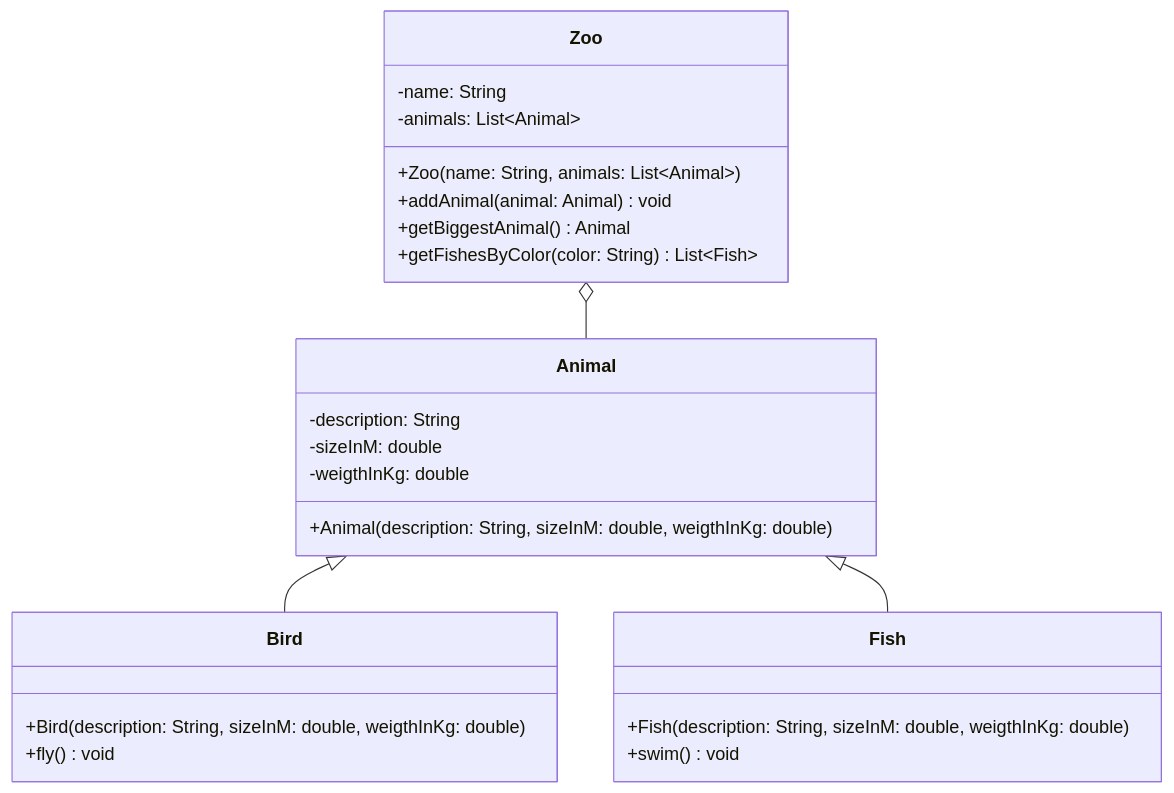
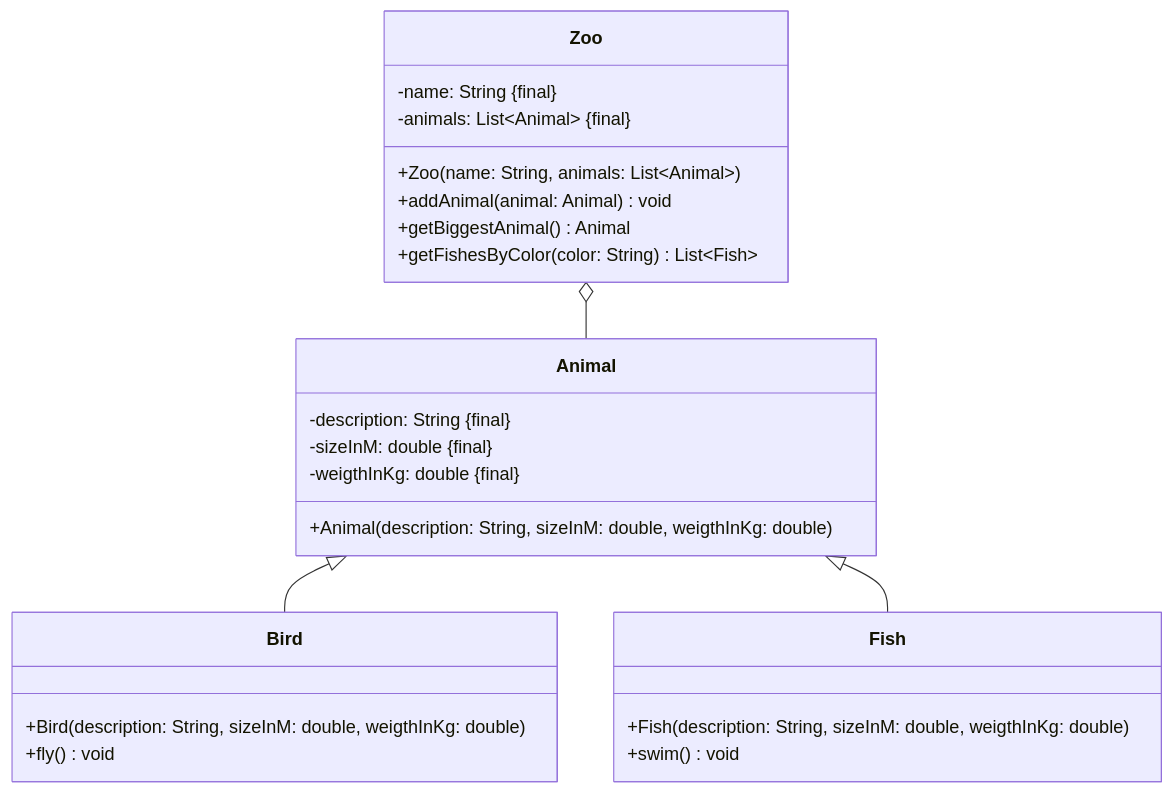
One commit to jappuccini/java-docs changed the diagram in docs/exam-exercises/exam-exercises-java1/zoo.md. Above: the diagram before and after it, drawn with Mermaid. The commit also changed 24 other files, not shown here.

````diff
--- a/docs/exam-exercises/exam-exercises-java1/zoo.md
+++ b/docs/exam-exercises/exam-exercises-java1/zoo.md
@@ -12,32 +12,32 @@
 ```mermaid
 classDiagram
     Zoo o-- Animal
     Animal <|-- Bird
     Animal <|-- Fish
 
     class Zoo {
-        -name: String
-        -animals: List~Animal~
+        -name: String &#123final&#125
+        -animals: List~Animal~ &#123final&#125
         +Zoo(name: String, animals: List~Animal~)
         +addAnimal(animal: Animal) void
         +getBiggestAnimal() Animal
         +getFishesByColor(color: String) List~Fish~
     }
 
     class Animal {
-        -description: String
-        -sizeInM: double
-        -weigthInKg: double
+        -description: String &#123final&#125
+        -sizeInM: double &#123final&#125
+        -weigthInKg: double &#123final&#125
         +Animal(description: String, sizeInM: double, weigthInKg: double)
     }
 
     class Bird {
         +Bird(description: String, sizeInM: double, weigthInKg: double)
         +fly() void
     }
 
     class Fish {
         +Fish(description: String, sizeInM: double, weigthInKg: double)
         +swim() void
     }
 ```
````
